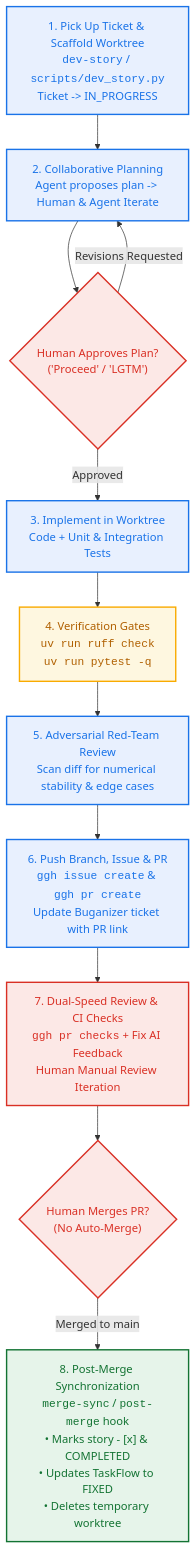
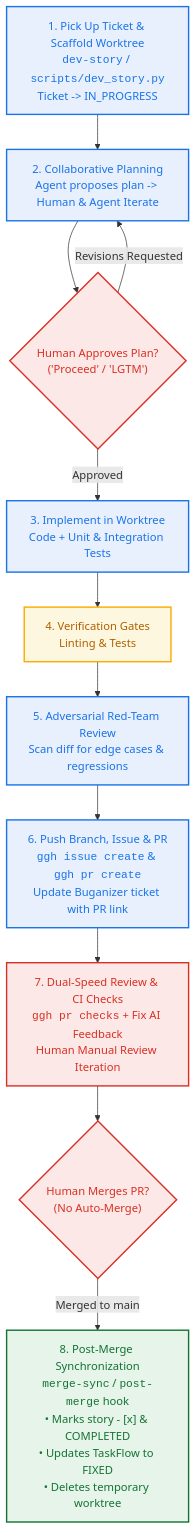
Before and after one commit to messangit24/SAR_Image_Formation_TPUv6e_Benchmark_with_Pallas_Kernel: the diagram in AGENTS.md, drawn with Mermaid. The commit also changed other lines of this file and 1 other file, not shown here.

````diff
--- a/AGENTS.md
+++ b/AGENTS.md
@@ -21,21 +26,21 @@
 ```mermaid
 graph TD
     classDef step fill:#e8f0fe,stroke:#1a73e8,stroke-width:2px,color:#1a73e8;
     classDef gate fill:#fef7e0,stroke:#f9ab00,stroke-width:2px,color:#b06000;
     classDef human fill:#fce8e6,stroke:#d93025,stroke-width:2px,color:#d93025;
     classDef hook fill:#e6f4ea,stroke:#137333,stroke-width:2px,color:#137333;
 
     S1["1. Pick Up Ticket & Scaffold Worktree<br/><code>dev-story</code> / <code>scripts/dev_story.py</code><br/>Ticket -> IN_PROGRESS"]:::step --> S2["2. Collaborative Planning<br/>Agent proposes plan -> Human & Agent Iterate"]:::step
     S2 --> G1{"Human Approves Plan?<br/>('Proceed' / 'LGTM')"}:::human
     G1 -->|Approved| S3["3. Implement in Worktree<br/>Code + Unit & Integration Tests"]:::step
     G1 -->|Revisions Requested| S2
 
-    S3 --> G2["4. Verification Gates<br/><code>uv run ruff check</code><br/><code>uv run pytest -q</code>"]:::gate
-    G2 --> S4["5. Adversarial Red-Team Review<br/>Scan diff for numerical stability & edge cases"]:::step
+    S3 --> G2["4. Verification Gates<br/>Linting & Tests"]:::gate
+    G2 --> S4["5. Adversarial Red-Team Review<br/>Scan diff for edge cases & regressions"]:::step
     S4 --> S5["6. Push Branch, Issue & PR<br/><code>ggh issue create</code> & <code>ggh pr create</code><br/>Update Buganizer ticket with PR link"]:::step
 
     S5 --> S6["7. Dual-Speed Review & CI Checks<br/><code>ggh pr checks</code> + Fix AI Feedback<br/>Human Manual Review Iteration"]:::human
     S6 --> G3{"Human Merges PR?<br/>(No Auto-Merge)"}:::human
 
     G3 -->|Merged to main| H1["8. Post-Merge Synchronization<br/><code>merge-sync</code> / <code>post-merge</code> hook<br/>• Marks story - [x] & COMPLETED<br/>• Updates TaskFlow to FIXED<br/>• Deletes temporary worktree"]:::hook
 ```
````
